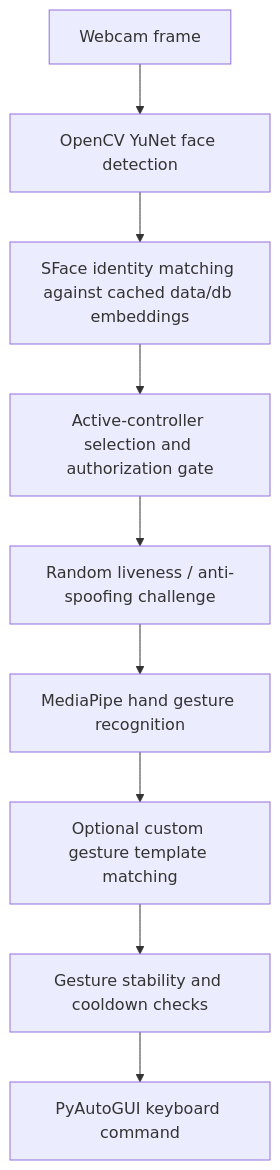
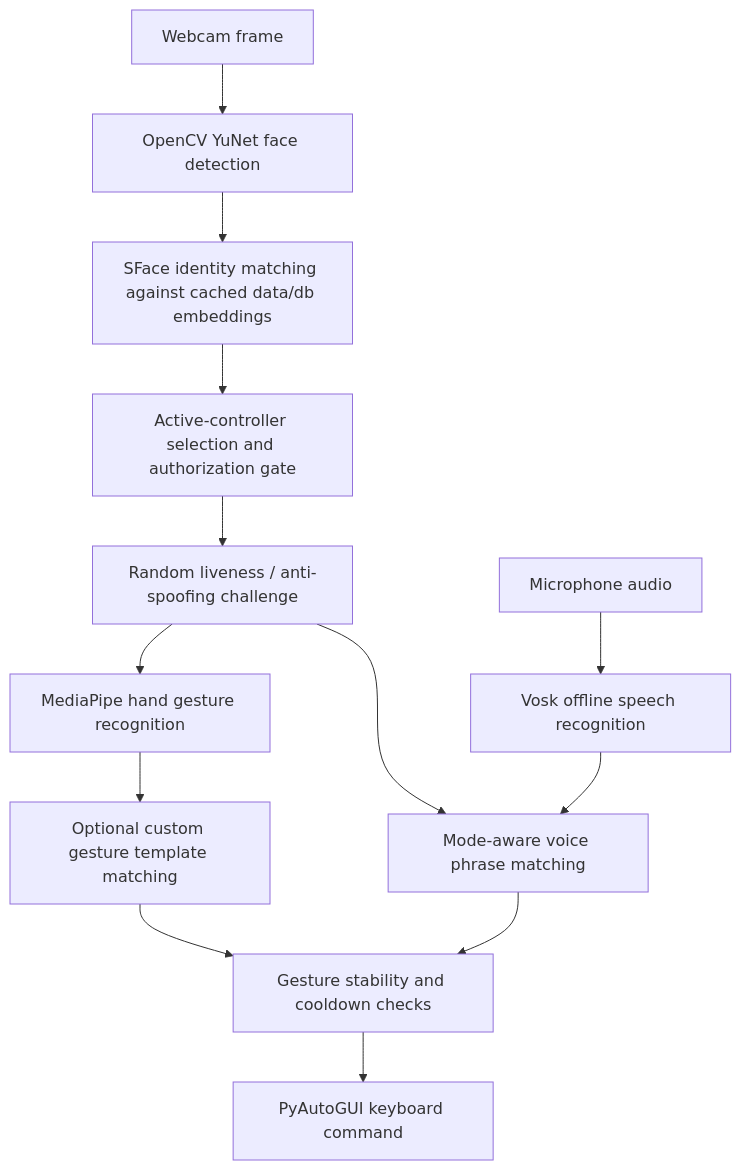
Before and after one commit to AbdelrahmanAboegela/vision-gesture-media-control: the diagram in README.md, drawn with Mermaid. The commit also changed other lines of this file and 4 other files, not shown here.

Commit message:
Add mode-aware voice controls

````diff
--- a/README.md
+++ b/README.md
@@ -306,11 +339,15 @@
 ```mermaid
 flowchart TD
     A["Webcam frame"] --> B["OpenCV YuNet face detection"]
     B --> C["SFace identity matching against cached data/db embeddings"]
     C --> D["Active-controller selection and authorization gate"]
     D --> E["Random liveness / anti-spoofing challenge"]
     E --> F["MediaPipe hand gesture recognition"]
     F --> G["Optional custom gesture template matching"]
     G --> H["Gesture stability and cooldown checks"]
+    M["Microphone audio"] --> N["Vosk offline speech recognition"]
+    N --> O["Mode-aware voice phrase matching"]
+    E --> O
+    O --> H
     H --> I["PyAutoGUI keyboard command"]
 ```
````
